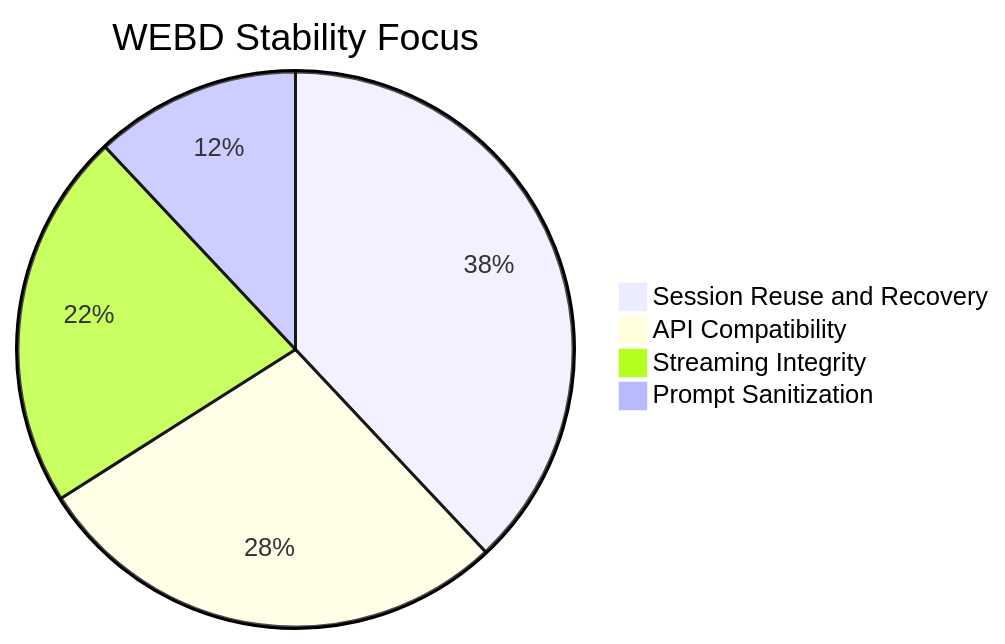
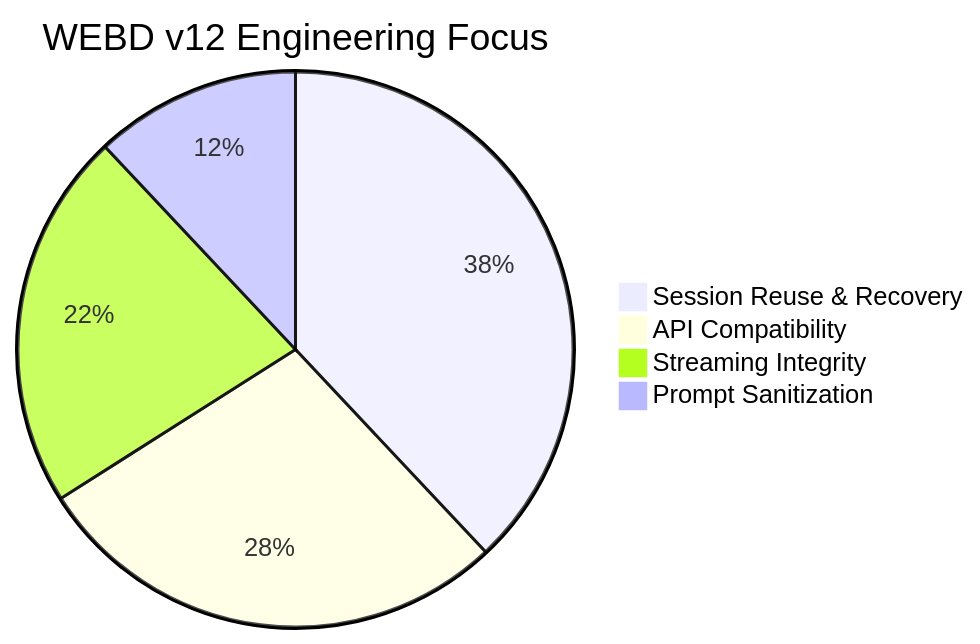
One commit to pidugulikhil/webd changed the first of 2 diagrams in README.md. Above: the diagram before and after it, drawn with Mermaid. The commit also changed other lines of this file, not shown here.

First line of the commit message:
Revise README for WEBD v12 updates

````diff
--- a/README.md
+++ b/README.md
@@ -125,7 +135,7 @@
 ```mermaid
-pie title WEBD Stability Focus
-        "Session Reuse and Recovery" : 38
-        "API Compatibility" : 28
-        "Streaming Integrity" : 22
-        "Prompt Sanitization" : 12
+pie title WEBD v12 Engineering Focus
+    "Session Reuse & Recovery" : 38
+    "API Compatibility" : 28
+    "Streaming Integrity" : 22
+    "Prompt Sanitization" : 12
 ```
````
